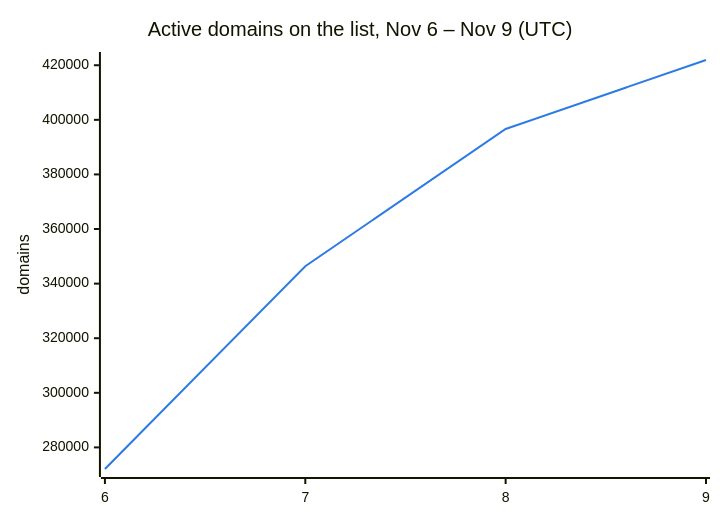
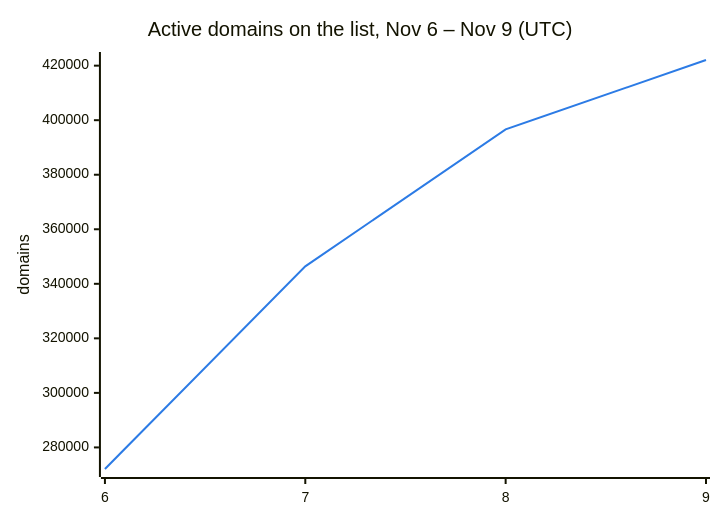
Before and after one commit to DNSBunker/CTI: the second of 3 diagrams in README.md, drawn with Mermaid. The commit also changed other lines of this file and 3 other files, not shown here.

````diff
--- a/README.md
+++ b/README.md
@@ -38,8 +38,8 @@
 ```mermaid
 %%{init: {"themeVariables": {"xyChart": {"plotColorPalette": "#2c7be5"}}}}%%
 xychart-beta
     title "Active domains on the list, Nov 6 – Nov 9 (UTC)"
     x-axis ["6", "7", "8", "9"]
     y-axis "domains"
-    line [272088, 346388, 396638, 421920]
+    line [272088, 346388, 396638, 422073]
 ```
````
